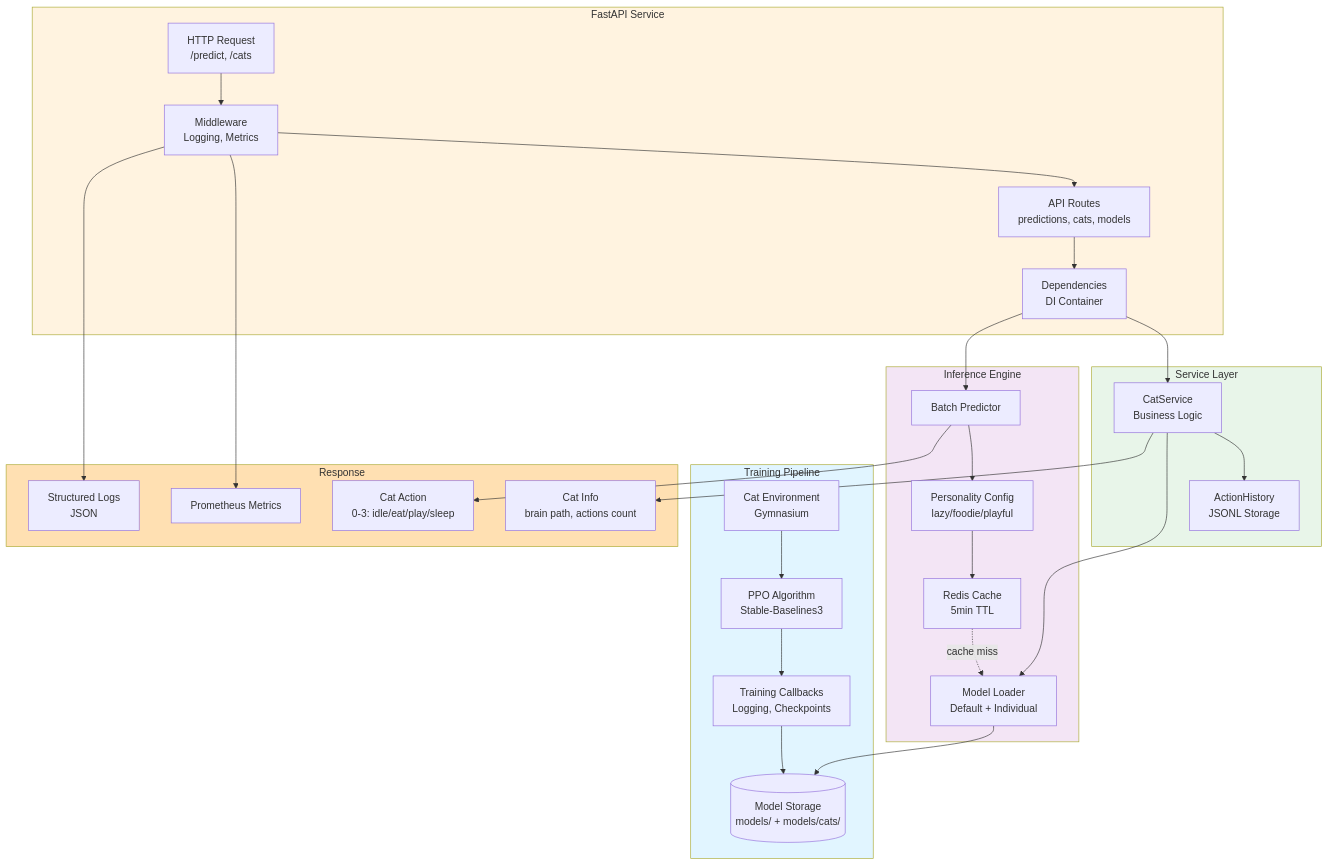
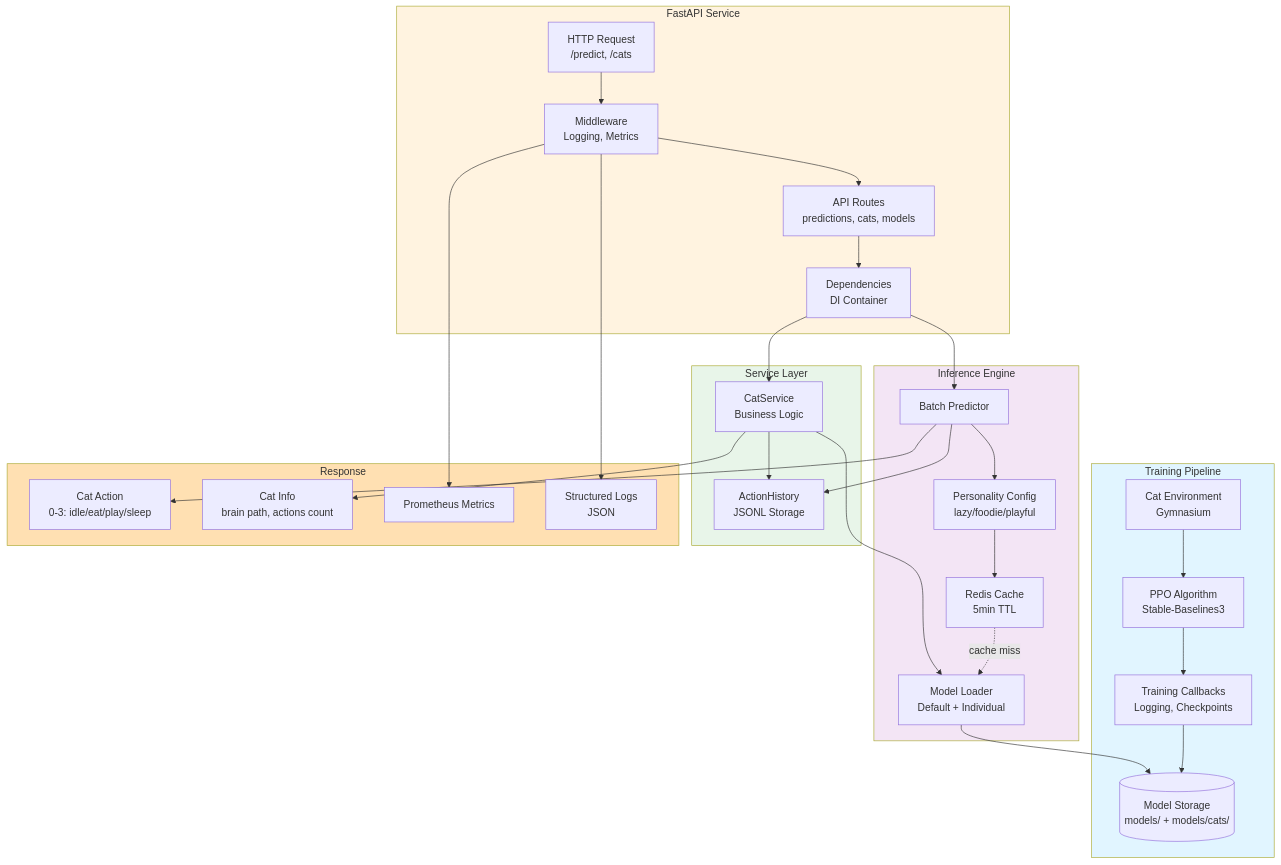
One commit to tantaneity/cat-brain-service changed the first of 7 diagrams in README.md. Above: the diagram before and after it, drawn with Mermaid. The commit also changed other lines of this file, not shown here.

First line of the commit message:
docs: update diagrams to reflect ActionHistory integration and 8-param observations

````diff
--- a/README.md
+++ b/README.md
@@ -5,64 +5,65 @@
 ```mermaid
 graph TB
     subgraph Training["Training Pipeline"]
         ENV[Cat Environment<br/>Gymnasium]
         PPO[PPO Algorithm<br/>Stable-Baselines3]
         CALLBACKS[Training Callbacks<br/>Logging, Checkpoints]
         MODELS[(Model Storage<br/>models/ + models/cats/)]
         
         ENV --> PPO
         PPO --> CALLBACKS
         CALLBACKS --> MODELS
     end
     
     subgraph API["FastAPI Service"]
         REQUEST[HTTP Request<br/>/predict, /cats]
         ROUTES[API Routes<br/>predictions, cats, models]
         MIDDLEWARE[Middleware<br/>Logging, Metrics]
         DEPS[Dependencies<br/>DI Container]
         
         REQUEST --> MIDDLEWARE
         MIDDLEWARE --> ROUTES
         ROUTES --> DEPS
     end
     
     subgraph Services["Service Layer"]
         CAT_SERVICE[CatService<br/>Business Logic]
         ACTION_HISTORY[ActionHistory<br/>JSONL Storage]
         
         DEPS --> CAT_SERVICE
         CAT_SERVICE --> ACTION_HISTORY
     end
     
     subgraph Inference["Inference Engine"]
         PREDICTOR[Batch Predictor]
         PERSONALITY[Personality Config<br/>lazy/foodie/playful]
         CACHE[Redis Cache<br/>5min TTL]
         LOADER[Model Loader<br/>Default + Individual]
         
         DEPS --> PREDICTOR
         PREDICTOR --> PERSONALITY
+        PREDICTOR --> ACTION_HISTORY
         PERSONALITY --> CACHE
         CACHE -.cache miss.-> LOADER
         LOADER --> MODELS
         CAT_SERVICE --> LOADER
     end
     
     subgraph Output["Response"]
         ACTION[Cat Action<br/>0-3: idle/eat/play/sleep]
         CAT_INFO[Cat Info<br/>brain path, actions count]
         METRICS[Prometheus Metrics]
         LOGS[Structured Logs<br/>JSON]
         
         PREDICTOR --> ACTION
         CAT_SERVICE --> CAT_INFO
         MIDDLEWARE --> METRICS
         MIDDLEWARE --> LOGS
     end
     
     style Training fill:#e1f5ff
     style API fill:#fff3e0
     style Services fill:#e8f5e9
     style Inference fill:#f3e5f5
     style Output fill:#ffe0b2
 ```
````
